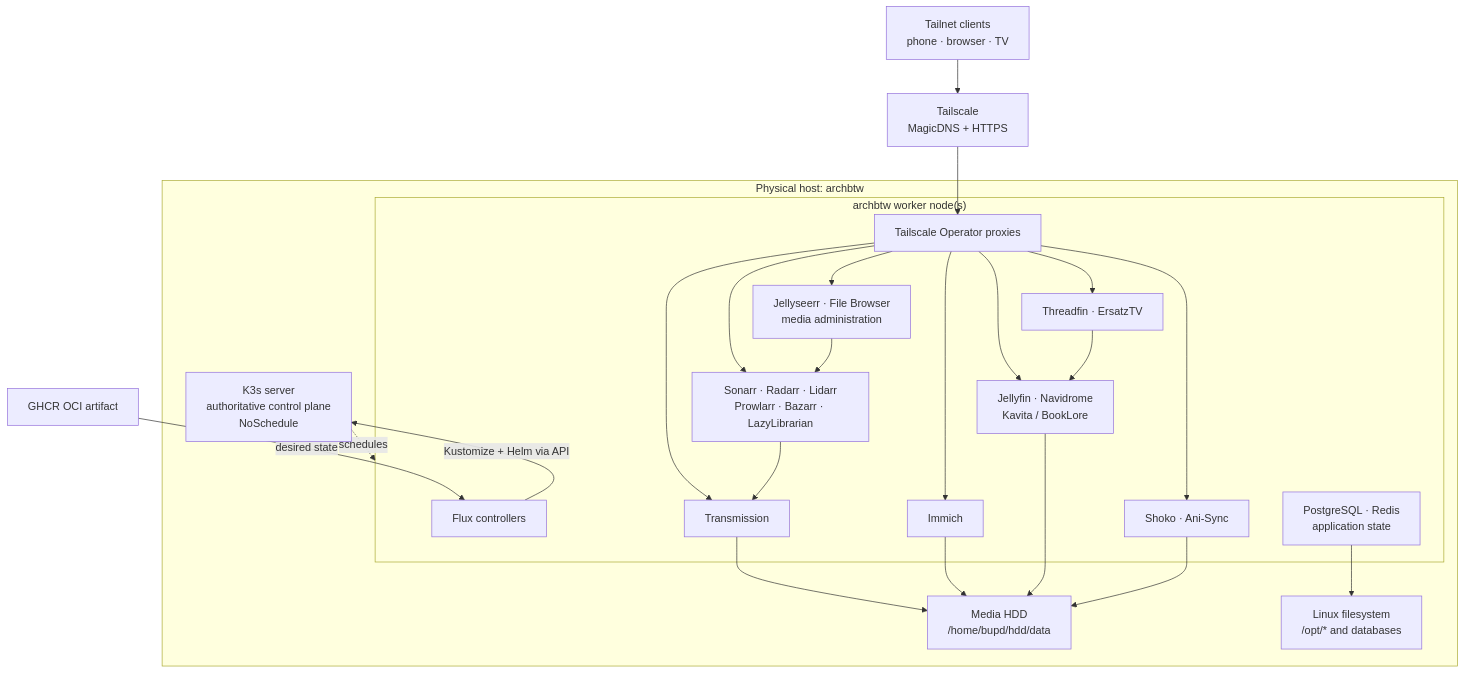
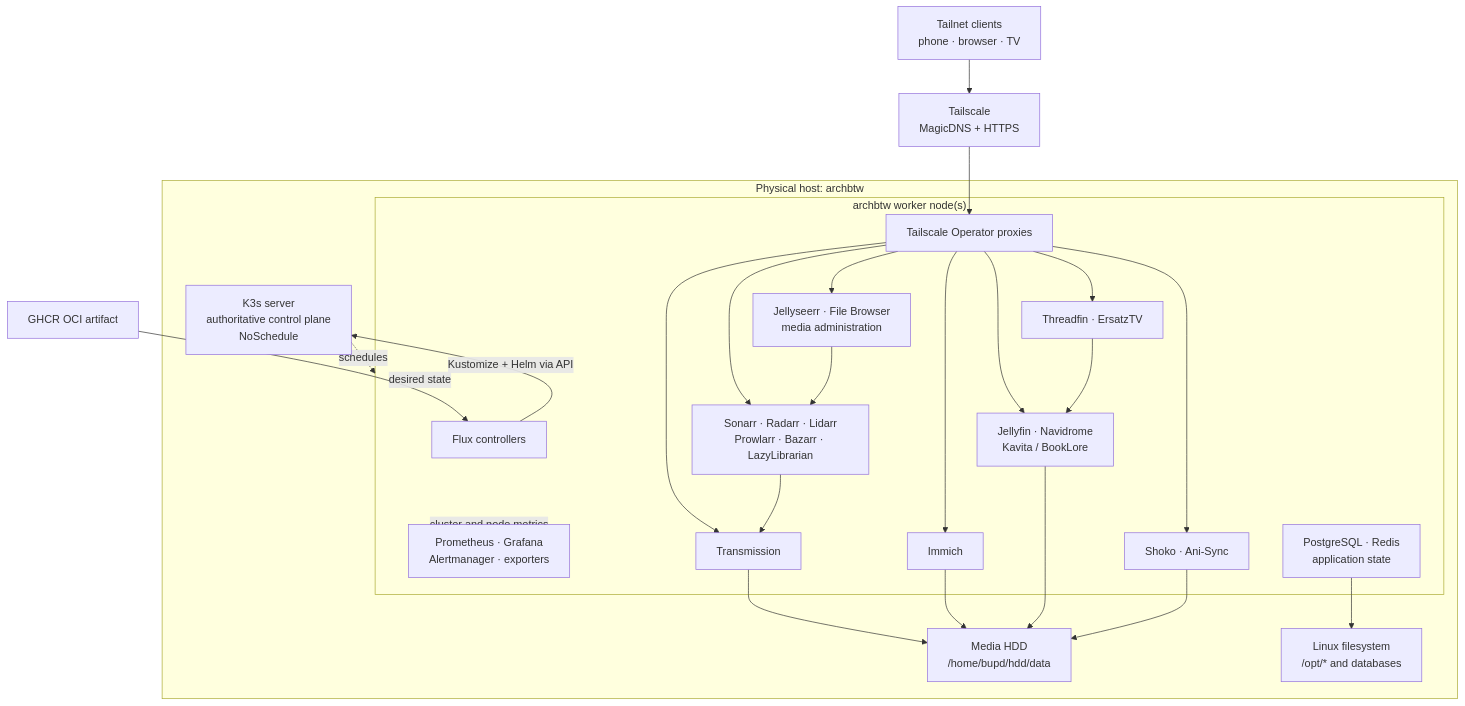
The diagram in docs/architecture-plan.md (bupd/homelab), drawn with Mermaid before and after one commit. The commit also changed other lines of this file and 1 other file, not shown here.

````diff
--- a/docs/architecture-plan.md
+++ b/docs/architecture-plan.md
@@ -18,47 +18,49 @@
 ```mermaid
 flowchart TB
     user["Tailnet clients<br/>phone · browser · TV"]
     ts["Tailscale<br/>MagicDNS + HTTPS"]
 
     subgraph physical["Physical host: archbtw"]
         cp["K3s server<br/>authoritative control plane<br/>NoSchedule"]
 
         subgraph workers["archbtw worker node(s)"]
             flux["Flux controllers"]
             ingress["Tailscale Operator proxies"]
+            observe["Prometheus · Grafana<br/>Alertmanager · exporters"]
             photos["Immich"]
             consume["Jellyfin · Navidrome<br/>Kavita / BookLore"]
             acquire["Sonarr · Radarr · Lidarr<br/>Prowlarr · Bazarr · LazyLibrarian"]
             download["Transmission"]
             manage["Jellyseerr · File Browser<br/>media administration"]
             anime["Shoko · Ani-Sync"]
             livetv["Threadfin · ErsatzTV"]
             data["PostgreSQL · Redis<br/>application state"]
         end
 
         disk["Media HDD<br/>/home/bupd/hdd/data"]
         fast["Linux filesystem<br/>/opt/* and databases"]
     end
 
     oci["GHCR OCI artifact"] -->|"desired state"| flux
     flux -->|"Kustomize + Helm via API"| cp
     cp -.->|"schedules"| workers
+    workers -->|"cluster and node metrics"| observe
 
     user --> ts --> ingress
     ingress --> photos
     ingress --> consume
     ingress --> acquire
     ingress --> download
     ingress --> manage
     ingress --> anime
     ingress --> livetv
 
     acquire --> download
     manage --> acquire
     download --> disk
     photos --> disk
     consume --> disk
     anime --> disk
     livetv --> consume
     data --> fast
 ```
````
